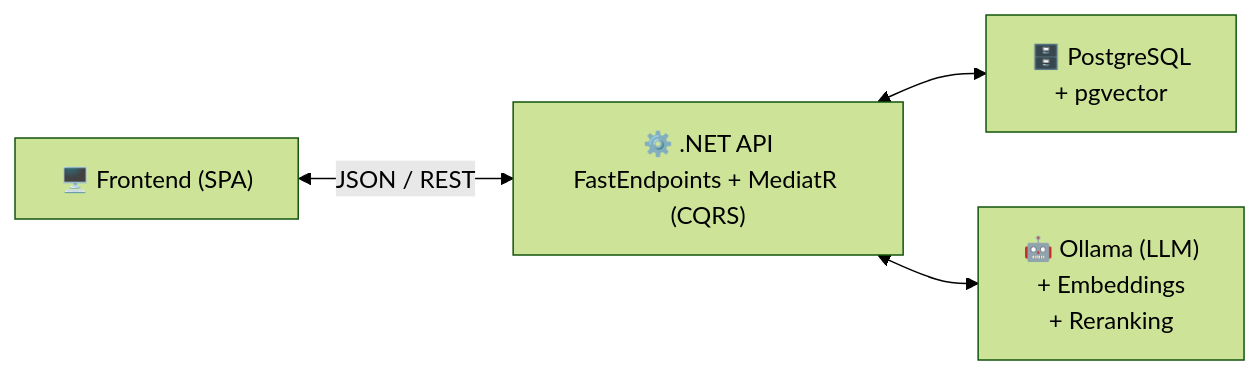
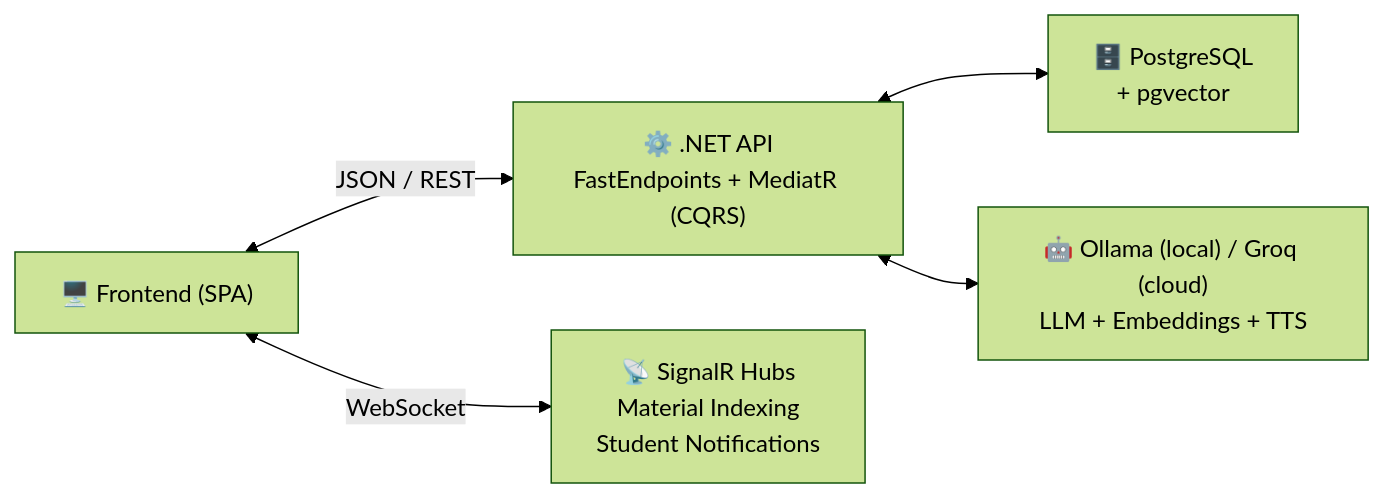
The first of 42 diagrams in docs/USER_JOURNEY.md (ahmedashraf0001/AI-Powered-Educational-Platform), drawn with Mermaid (forest theme) before and after one commit. The commit also changed other lines of this file and 3 other files, not shown here.

````diff
--- a/docs/USER_JOURNEY.md
+++ b/docs/USER_JOURNEY.md
@@ -41,6 +45,7 @@
 ```mermaid
 graph LR
     FE["🖥️ Frontend (SPA)"] <-->|JSON / REST| API["⚙️ .NET API<br/>FastEndpoints + MediatR (CQRS)"]
+    FE <-->|WebSocket| SH["📡 SignalR Hubs<br/>Material Indexing<br/>Student Notifications"]
     API <--> DB["🗄️ PostgreSQL<br/>+ pgvector"]
-    API <--> AI["🤖 Ollama (LLM)<br/>+ Embeddings<br/>+ Reranking"]
+    API <--> AI["🤖 Ollama (local) / Groq (cloud)<br/>LLM + Embeddings + TTS"]
 ```
````
